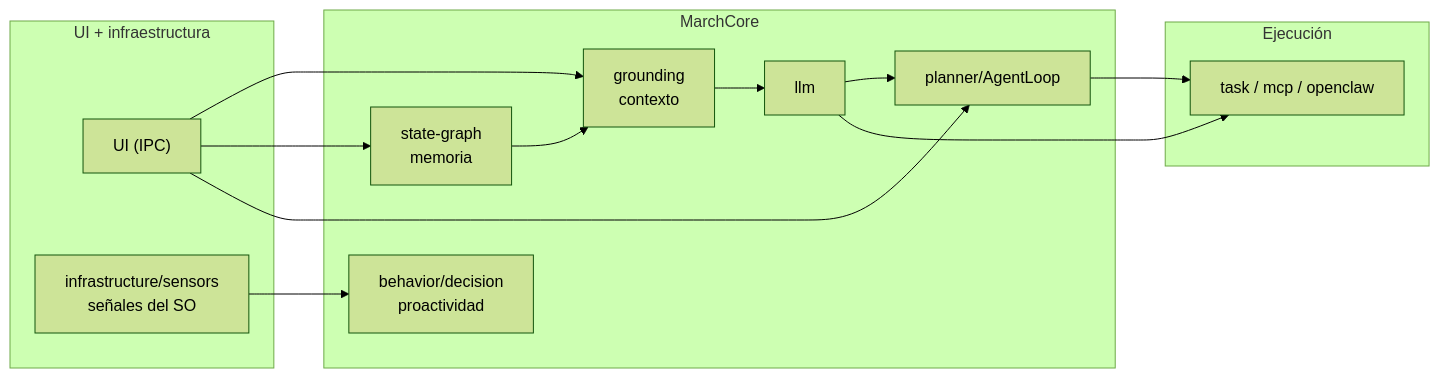
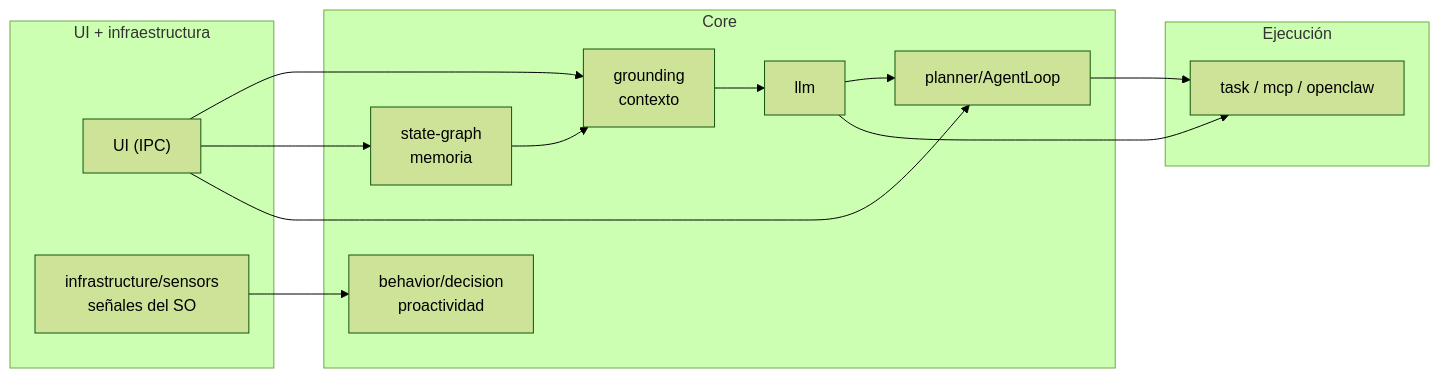
One commit to Dregxmoon/Kaoru-Agent changed the diagram in core/README.md. Above: the diagram before and after it, drawn with Mermaid (forest theme). The commit also changed other lines of this file and 72 other files, not shown here.

First line of the commit message:
refactor: elimina identidad 'March' (Core, BD, keychain, IPC) y arregla workspace, modelos y cierre

````diff
--- a/core/README.md
+++ b/core/README.md
@@ -63,27 +68,27 @@
 ```mermaid
 flowchart LR
     subgraph EXT["UI + infraestructura"]
         UI["UI (IPC)"]
         SENSORS["infrastructure/sensors<br/>señales del SO"]
     end
-    subgraph CORE["MarchCore"]
+    subgraph CORE["Core"]
         GROUND["grounding<br/>contexto"]
         GRAPH["state-graph<br/>memoria"]
         LLM["llm"]
         LOOP["planner/AgentLoop"]
         DECISION["behavior/decision<br/>proactividad"]
     end
     subgraph TOOLS["Ejecución"]
         TASK["task / mcp / openclaw"]
     end
 
     UI --> GROUND
     UI --> GRAPH
     UI --> LOOP
     GROUND --> LLM
     GRAPH --> GROUND
     LLM --> LOOP
     LLM --> TASK
     LOOP --> TASK
     SENSORS --> DECISION
 ```
````
